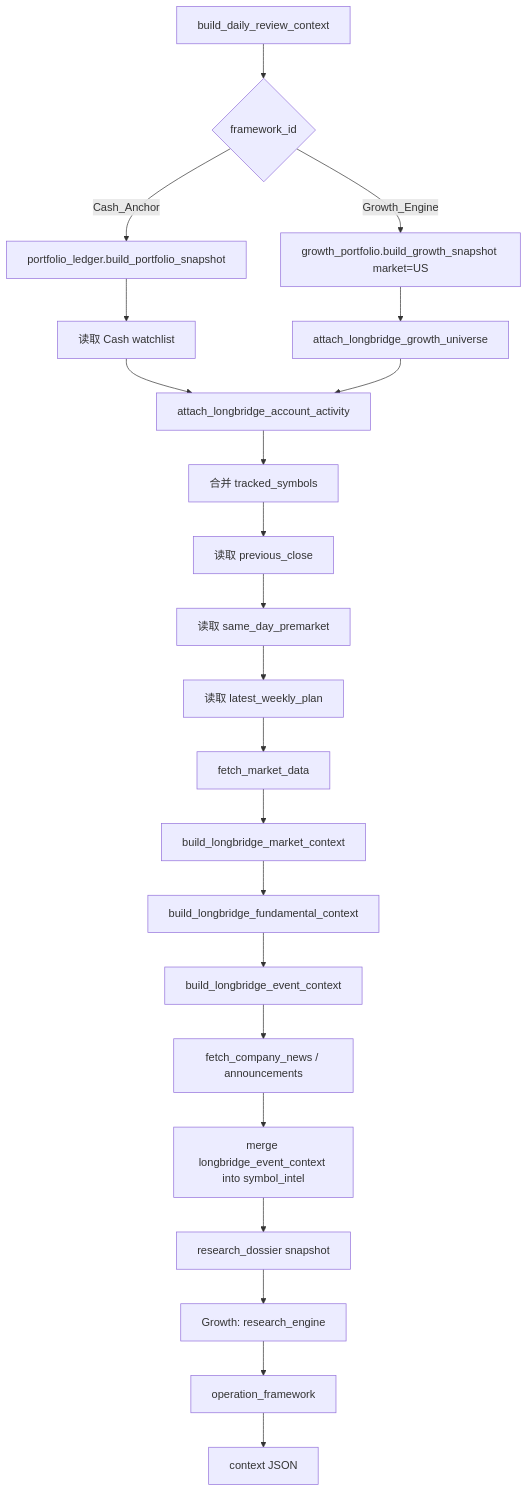
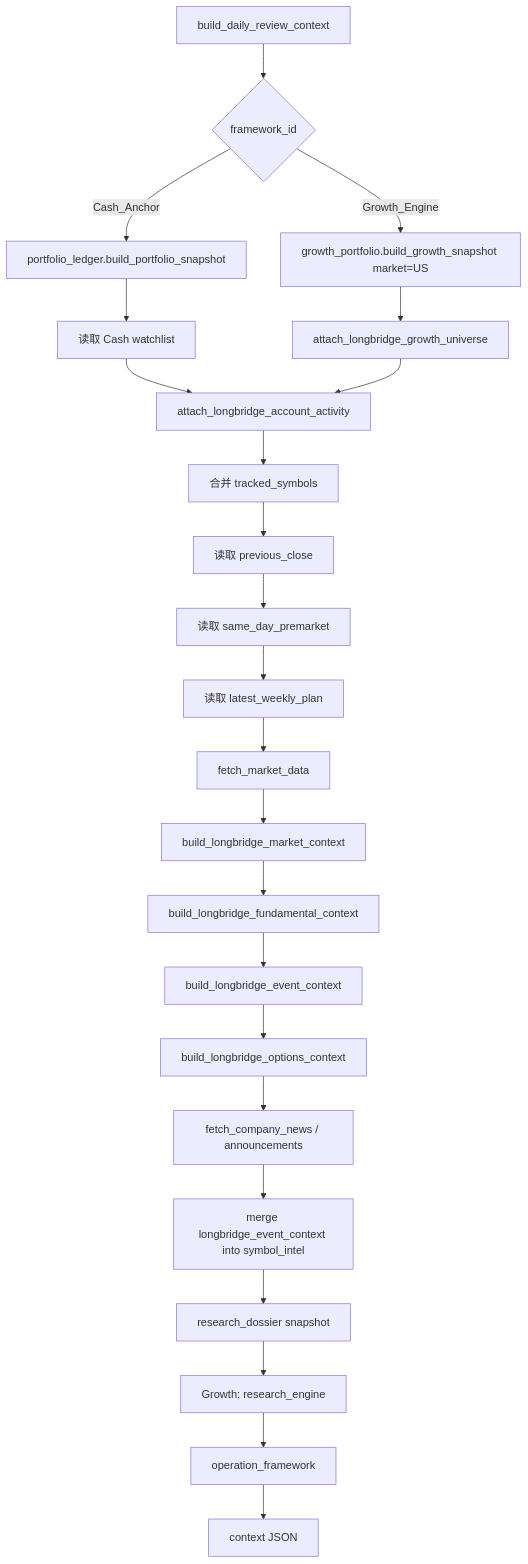
Before and after one commit to dyccodehome/private-investment-butler: the ninth of 13 diagrams in docs/技术架构文档.md, drawn with Mermaid. The commit also changed other lines of this file and 13 other files, not shown here.

Commit message:
Add Longbridge options context provider

````diff
--- a/docs/技术架构文档.md
+++ b/docs/技术架构文档.md
@@ -480,24 +481,25 @@
 ```mermaid
 flowchart TD
   A["build_daily_review_context"] --> B{"framework_id"}
   B -- "Cash_Anchor" --> C["portfolio_ledger.build_portfolio_snapshot"]
   B -- "Growth_Engine" --> D["growth_portfolio.build_growth_snapshot market=US"]
   C --> E["读取 Cash watchlist"]
   D --> F["attach_longbridge_growth_universe"]
   E --> GA["attach_longbridge_account_activity"]
   F --> GA
   GA --> G["合并 tracked_symbols"]
   G --> H["读取 previous_close"]
   H --> I["读取 same_day_premarket"]
   I --> J["读取 latest_weekly_plan"]
   J --> K["fetch_market_data"]
   K --> KM["build_longbridge_market_context"]
   KM --> KF["build_longbridge_fundamental_context"]
   KF --> KE["build_longbridge_event_context"]
-  KE --> L["fetch_company_news / announcements"]
+  KE --> KO["build_longbridge_options_context"]
+  KO --> L["fetch_company_news / announcements"]
   L --> LM["merge longbridge_event_context into symbol_intel"]
   LM --> M["research_dossier snapshot"]
   M --> N["Growth: research_engine"]
   N --> O["operation_framework"]
   O --> P["context JSON"]
 ```
````
